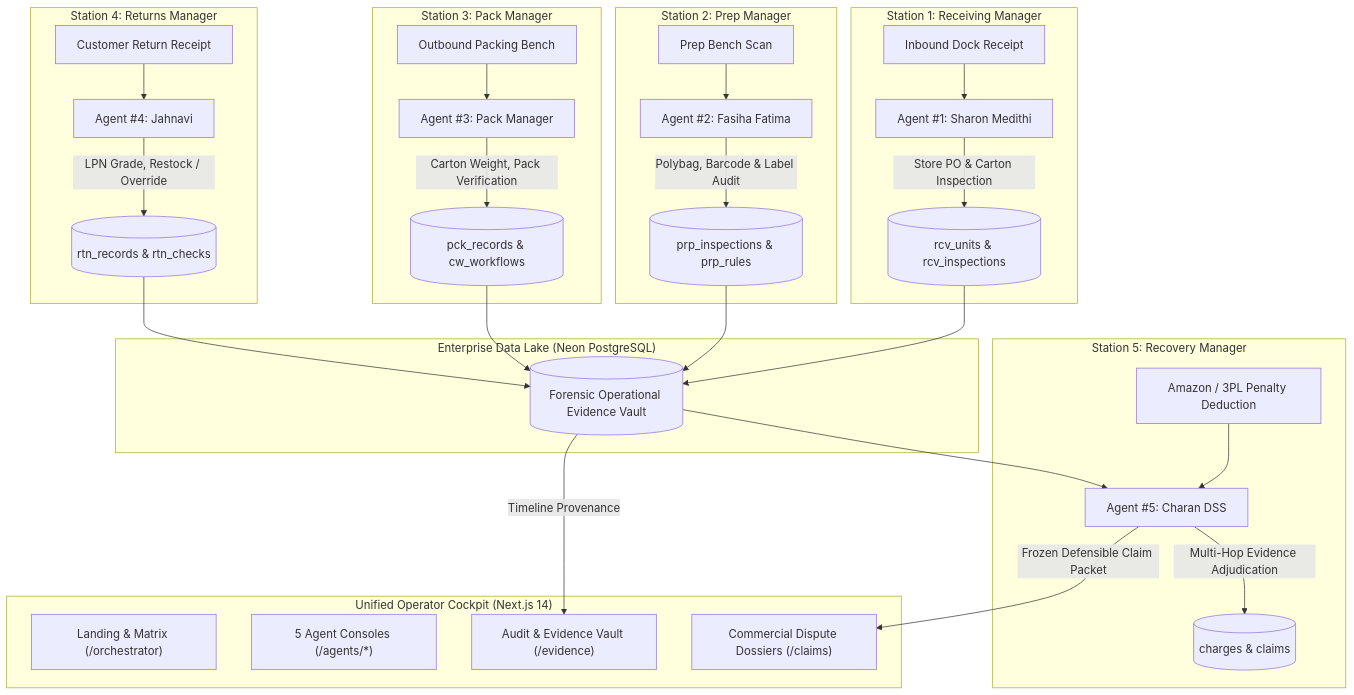
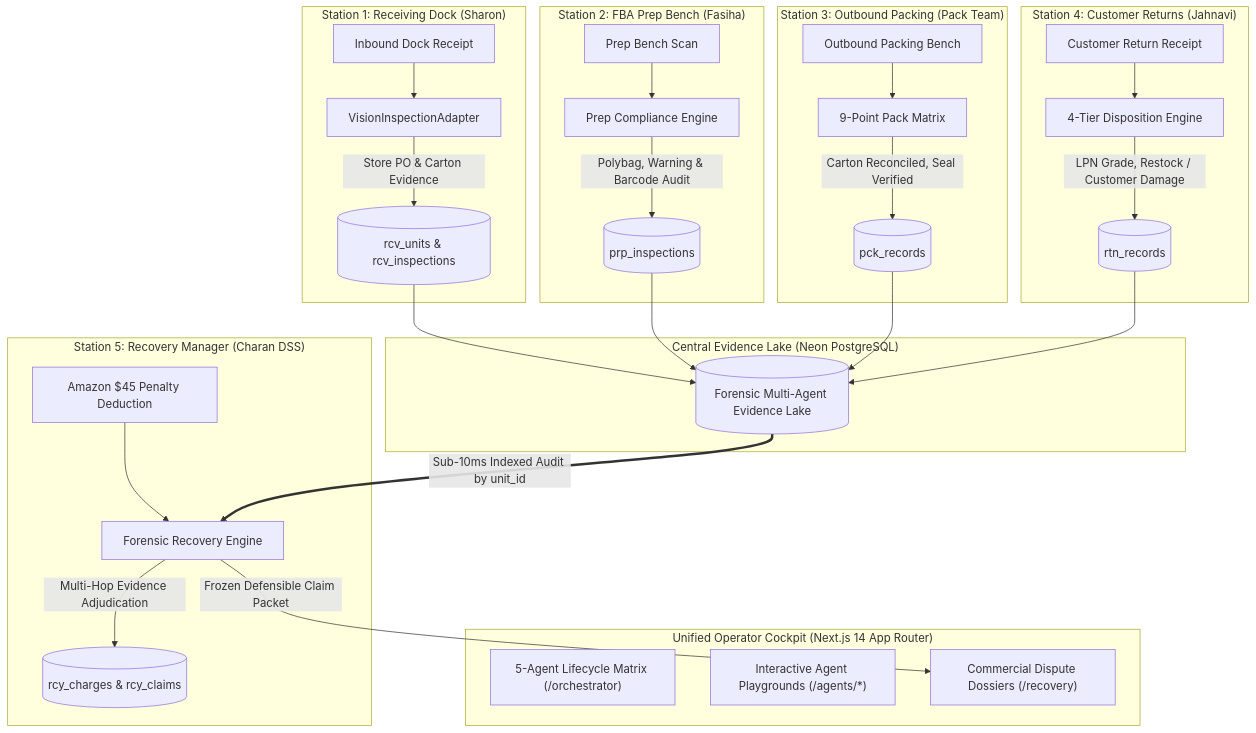
The diagram in README.md (charan-dss-01/cube-final), drawn with Mermaid before and after one commit. The commit also changed other lines of this file and 2 other files, not shown here.

````diff
--- a/README.md
+++ b/README.md
@@ -58,45 +85,43 @@
 ```mermaid
 flowchart TD
-    subgraph Station_1["Station 1: Receiving Manager"]
-        DOCK["Inbound Dock Receipt"] --> RCV["Agent #1: Sharon Medithi"]
-        RCV -->|Store PO & Carton Inspection| DB_RCV[("rcv_units & rcv_inspections")]
+    subgraph Station_1["Station 1: Receiving Dock (Sharon)"]
+        DOCK["Inbound Dock Receipt"] --> RCV["VisionInspectionAdapter"]
+        RCV -->|Store PO & Carton Evidence| DB_RCV[("rcv_units & rcv_inspections")]
     end
 
-    subgraph Station_2["Station 2: Prep Manager"]
-        PREP_BENCH["Prep Bench Scan"] --> PRP["Agent #2: Fasiha Fatima"]
-        PRP -->|Polybag, Barcode & Label Audit| DB_PRP[("prp_inspections & prp_rules")]
+    subgraph Station_2["Station 2: FBA Prep Bench (Fasiha)"]
+        PREP_BENCH["Prep Bench Scan"] --> PRP["Prep Compliance Engine"]
+        PRP -->|Polybag, Warning & Barcode Audit| DB_PRP[("prp_inspections")]
     end
 
-    subgraph Station_3["Station 3: Pack Manager"]
-        CARTON["Outbound Packing Bench"] --> PCK["Agent #3: Pack Manager"]
-        PCK -->|Carton Weight, Pack Verification| DB_PCK[("pck_records & cw_workflows")]
+    subgraph Station_3["Station 3: Outbound Packing (Pack Team)"]
+        CARTON["Outbound Packing Bench"] --> PCK["9-Point Pack Matrix"]
+        PCK -->|Carton Reconciled, Seal Verified| DB_PCK[("pck_records")]
     end
 
-    subgraph Station_4["Station 4: Returns Manager"]
-        REVERSE["Customer Return Receipt"] --> RTN["Agent #4: Jahnavi"]
-        RTN -->|LPN Grade, Restock / Override| DB_RTN[("rtn_records & rtn_checks")]
+    subgraph Station_4["Station 4: Customer Returns (Jahnavi)"]
+        REVERSE["Customer Return Receipt"] --> RTN["4-Tier Disposition Engine"]
+        RTN -->|LPN Grade, Restock / Customer Damage| DB_RTN[("rtn_records")]
     end
 
-    subgraph Station_5["Station 5: Recovery Manager"]
-        DEDUCTION["Amazon / 3PL Penalty Deduction"] --> RCY["Agent #5: Charan DSS"]
-        RCY -->|Multi-Hop Evidence Adjudication| DB_RCY[("charges & claims")]
+    subgraph Station_5["Station 5: Recovery Manager (Charan DSS)"]
+        DEDUCTION["Amazon $45 Penalty Deduction"] --> RCY["Forensic Recovery Engine"]
+        RCY -->|Multi-Hop Evidence Adjudication| DB_RCY[("rcy_charges & rcy_claims")]
     end
 
-    subgraph Central_Vault["Enterprise Data Lake (Neon PostgreSQL)"]
-        DB_RCV --> VAULT[("Forensic Operational Evidence Vault")]
+    subgraph Central_Vault["Central Evidence Lake (Neon PostgreSQL)"]
+        DB_RCV --> VAULT[("Forensic Multi-Agent Evidence Lake")]
         DB_PRP --> VAULT
         DB_PCK --> VAULT
         DB_RTN --> VAULT
-        VAULT --> RCY
+        VAULT ==>|Sub-10ms Indexed Audit by unit_id| RCY
     end
 
-    subgraph Unified_Cockpit["Unified Operator Cockpit (Next.js 14)"]
-        UI_HOME["Landing & Matrix (/orchestrator)"]
-        UI_AGENTS["5 Agent Consoles (/agents/*)"]
-        UI_AUDIT["Audit & Evidence Vault (/evidence)"]
-        UI_CLAIMS["Commercial Dispute Dossiers (/claims)"]
+    subgraph Unified_Cockpit["Unified Operator Cockpit (Next.js 14 App Router)"]
+        UI_HOME["5-Agent Lifecycle Matrix (/orchestrator)"]
+        UI_AGENTS["Interactive Agent Playgrounds (/agents/*)"]
+        UI_CLAIMS["Commercial Dispute Dossiers (/recovery)"]
     end
 
     RCY -->|Frozen Defensible Claim Packet| UI_CLAIMS
-    VAULT -->|Timeline Provenance| UI_AUDIT
 ```
````
